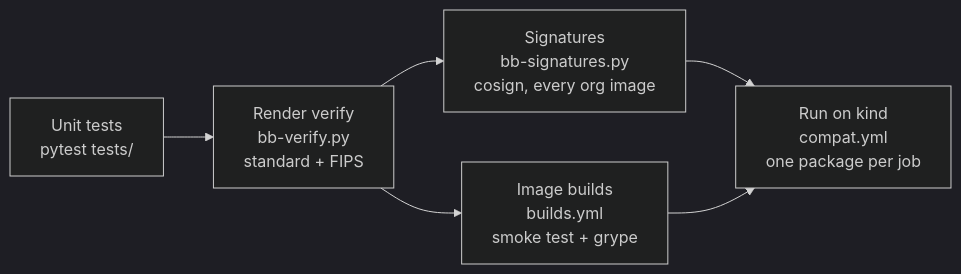
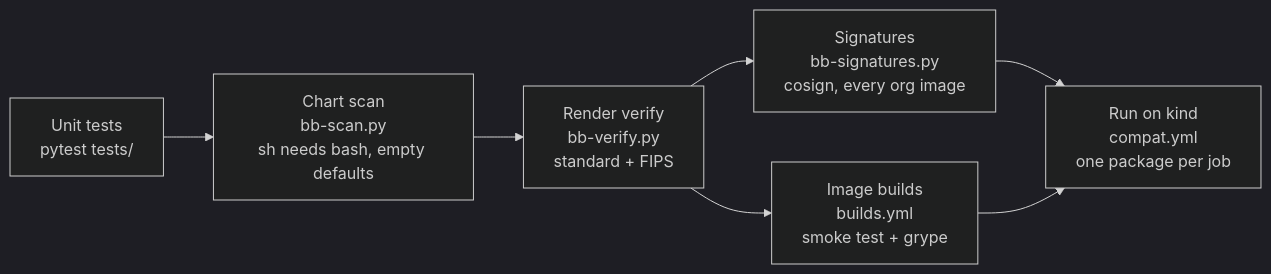
One commit to Zapata-Technology/bigbang-chainguard changed the diagram in docs/testing.md. Above: the diagram before and after it, drawn with Mermaid (dark theme). The commit also changed other lines of this file and 9 other files, not shown here.

First line of the commit message:
docs, diagrams and tests for the runtime findings

````diff
--- a/docs/testing.md
+++ b/docs/testing.md
@@ -7,8 +7,9 @@
 ```mermaid
 flowchart LR
-    U[Unit tests<br/>pytest tests/] --> V[Render verify<br/>bb-verify.py<br/>standard + FIPS]
+    U[Unit tests<br/>pytest tests/] --> SC[Chart scan<br/>bb-scan.py<br/>sh needs bash, empty defaults]
+    SC --> V[Render verify<br/>bb-verify.py<br/>standard + FIPS]
     V --> S[Signatures<br/>bb-signatures.py<br/>cosign, every org image]
     V --> B[Image builds<br/>builds.yml<br/>smoke test + grype]
     S --> C[Run on kind<br/>compat.yml<br/>one package per job]
     B --> C
 ```
````
